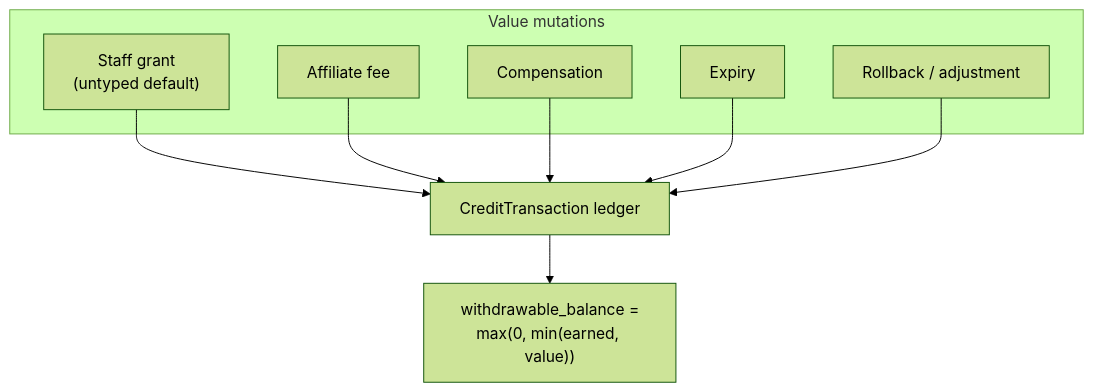
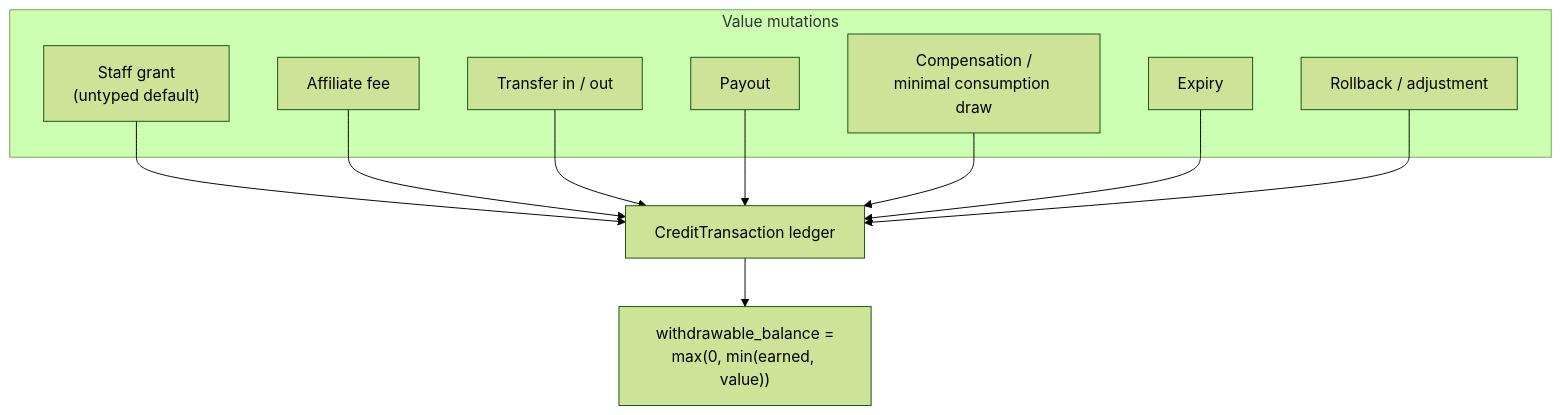
The fourth of 4 diagrams in docs/developer-guide/affiliate-program.md (waldur/waldur-docs), drawn with Mermaid (forest theme) before and after one commit. The commit also changed other lines of this file and 39 other files, not shown here.

````diff
--- a/docs/developer-guide/affiliate-program.md
+++ b/docs/developer-guide/affiliate-program.md
@@ -174,18 +174,22 @@
 ```mermaid
 flowchart TB
     subgraph Sources["Value mutations"]
         SG["Staff grant<br/>(untyped default)"]
         AFFEE["Affiliate fee"]
-        COMP["Compensation"]
+        TR["Transfer in / out"]
+        PO["Payout"]
+        DRAW["Compensation /<br/>minimal consumption draw"]
         EXP["Expiry"]
         RB["Rollback / adjustment"]
     end
 
     SG --> LED["CreditTransaction ledger"]
     AFFEE --> LED
-    COMP --> LED
+    TR --> LED
+    PO --> LED
+    DRAW --> LED
     EXP --> LED
     RB --> LED
 
     LED --> WB["withdrawable_balance =<br/>max(0, min(earned, value))"]
 ```
````
